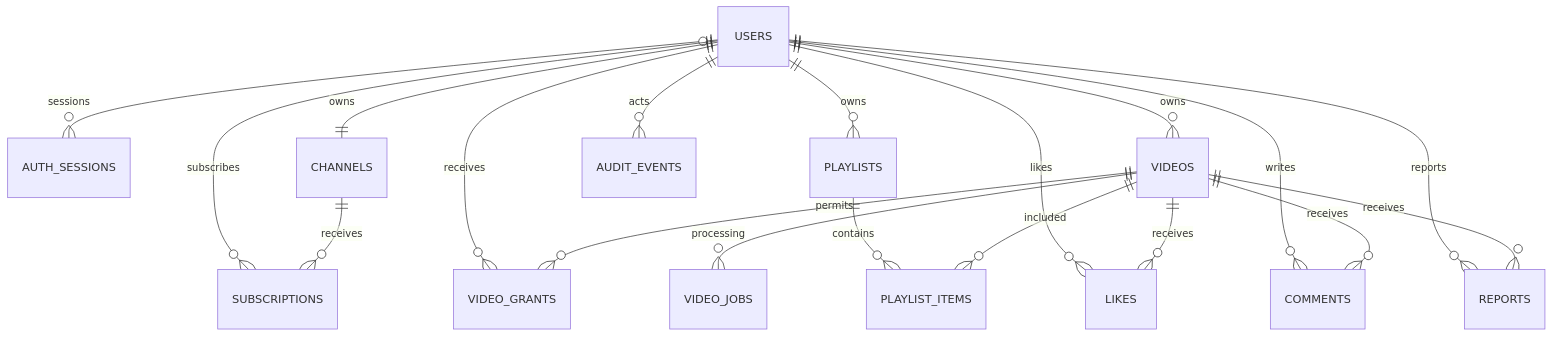
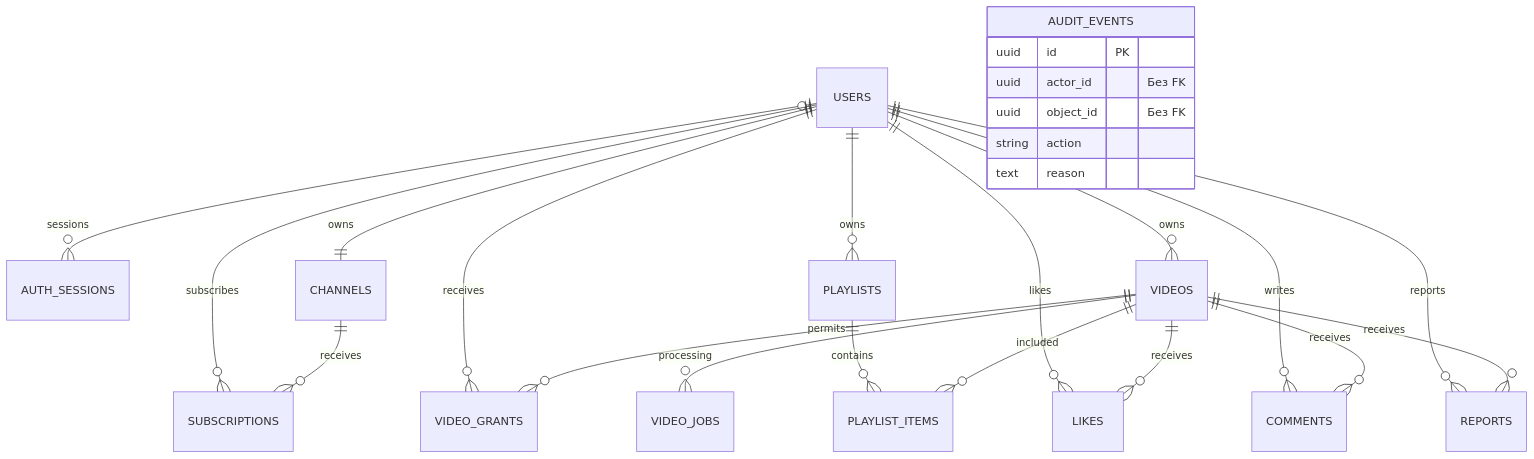
One commit to loraAbramchuk/TestIIDevelop changed the second of 3 diagrams in docs/architecture.md. Above: the diagram before and after it, drawn with Mermaid. The commit also changed other lines of this file and 39 other files, not shown here.

````diff
--- a/docs/architecture.md
+++ b/docs/architecture.md
@@ -126,21 +128,27 @@
 ```mermaid
 erDiagram
     USERS |o--o{ AUTH_SESSIONS : sessions
     USERS ||--|| CHANNELS : owns
     USERS ||--o{ VIDEOS : owns
     USERS ||--o{ VIDEO_GRANTS : receives
     VIDEOS ||--o{ VIDEO_GRANTS : permits
     VIDEOS ||--o{ VIDEO_JOBS : processing
     USERS ||--o{ PLAYLISTS : owns
     PLAYLISTS ||--o{ PLAYLIST_ITEMS : contains
     VIDEOS ||--o{ PLAYLIST_ITEMS : included
     USERS ||--o{ SUBSCRIPTIONS : subscribes
     CHANNELS ||--o{ SUBSCRIPTIONS : receives
     USERS ||--o{ LIKES : likes
     VIDEOS ||--o{ LIKES : receives
     USERS ||--o{ COMMENTS : writes
     VIDEOS ||--o{ COMMENTS : receives
     USERS ||--o{ REPORTS : reports
     VIDEOS ||--o{ REPORTS : receives
-    USERS ||--o{ AUDIT_EVENTS : acts
+    AUDIT_EVENTS {
+        uuid id PK
+        uuid actor_id "Без FK"
+        uuid object_id "Без FK"
+        string action
+        text reason
+    }
 ```
````
